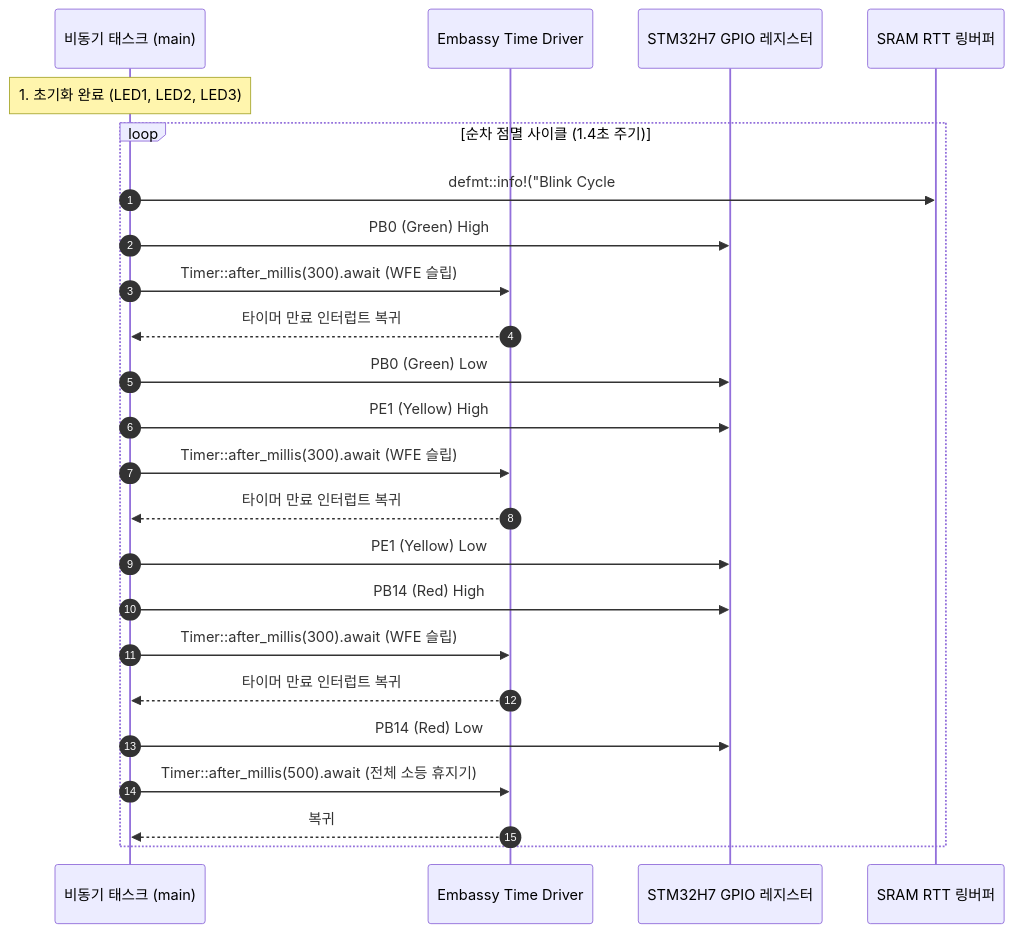
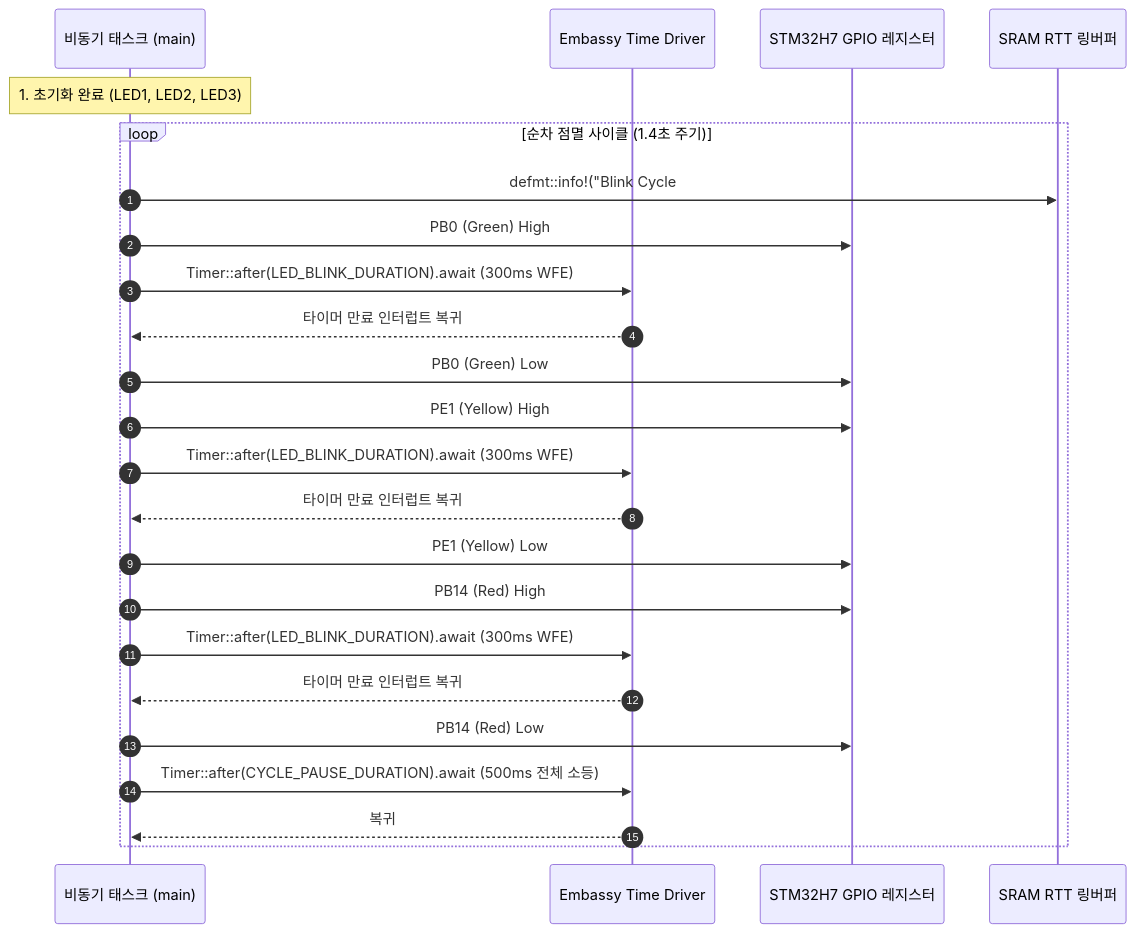
Before and after one commit to voidrobot/nucleo_h743zi2_rust: the first of 2 diagrams in examples/01_blinky/README.md, drawn with Mermaid. The commit also changed other lines of this file and 4 other files, not shown here.

````diff
--- a/examples/01_blinky/README.md
+++ b/examples/01_blinky/README.md
@@ -42,30 +42,30 @@
 ```mermaid
 sequenceDiagram
     autonumber
     participant App as 비동기 태스크 (main)
     participant Timer as Embassy Time Driver
     participant GPIO as STM32H7 GPIO 레지스터
     participant RTT as SRAM RTT 링버퍼
 
     Note over App: 1. 초기화 완료 (LED1, LED2, LED3)
     loop 순차 점멸 사이클 (1.4초 주기)
         App->>RTT: defmt::info!("Blink Cycle #{}: ...", counter)
         App->>GPIO: PB0 (Green) High
-        App->>Timer: Timer::after_millis(300).await (WFE 슬립)
+        App->>Timer: Timer::after(LED_BLINK_DURATION).await (300ms WFE)
         Timer-->>App: 타이머 만료 인터럽트 복귀
         App->>GPIO: PB0 (Green) Low
 
         App->>GPIO: PE1 (Yellow) High
-        App->>Timer: Timer::after_millis(300).await (WFE 슬립)
+        App->>Timer: Timer::after(LED_BLINK_DURATION).await (300ms WFE)
         Timer-->>App: 타이머 만료 인터럽트 복귀
         App->>GPIO: PE1 (Yellow) Low
 
         App->>GPIO: PB14 (Red) High
-        App->>Timer: Timer::after_millis(300).await (WFE 슬립)
+        App->>Timer: Timer::after(LED_BLINK_DURATION).await (300ms WFE)
         Timer-->>App: 타이머 만료 인터럽트 복귀
         App->>GPIO: PB14 (Red) Low
 
-        App->>Timer: Timer::after_millis(500).await (전체 소등 휴지기)
+        App->>Timer: Timer::after(CYCLE_PAUSE_DURATION).await (500ms 전체 소등)
         Timer-->>App: 복귀
     end
 ```
````
